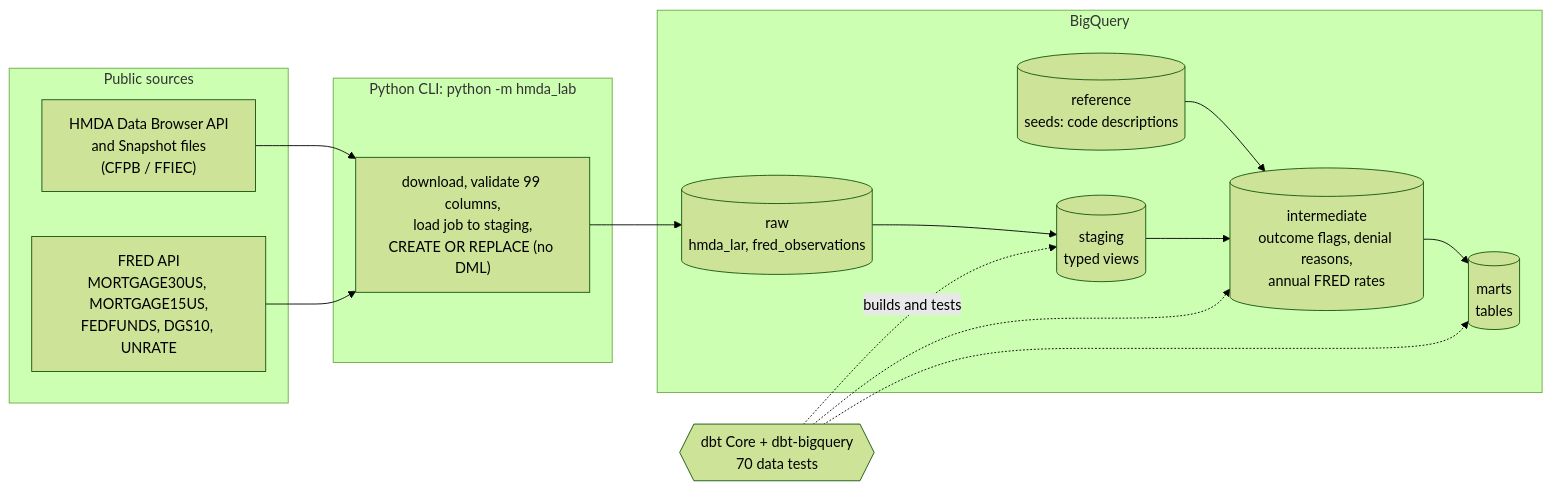
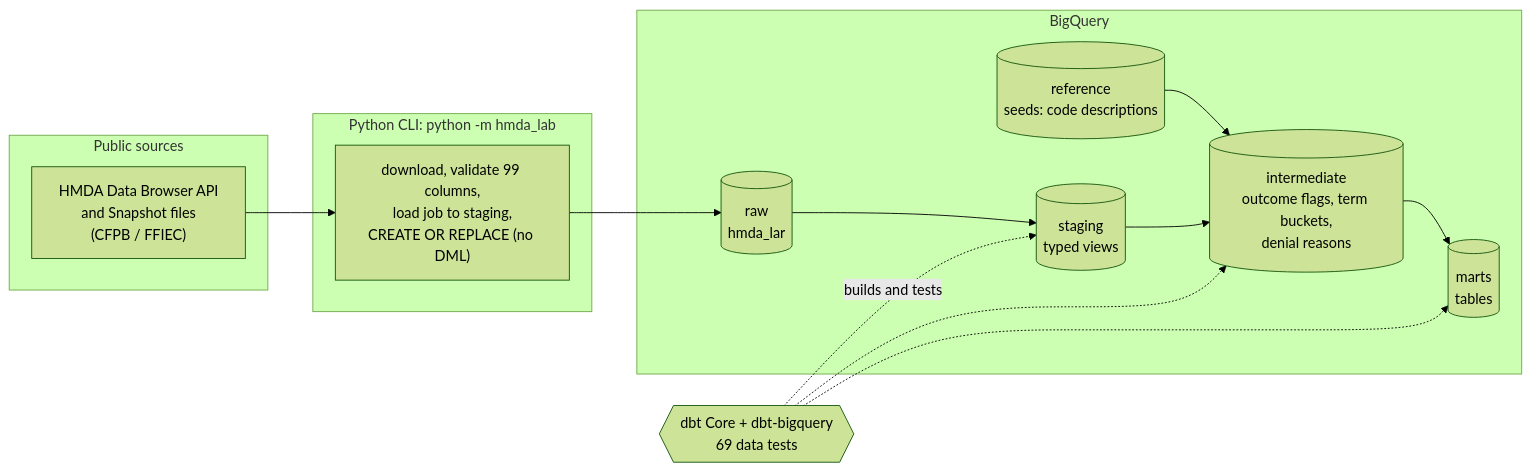
One commit to dataismyname/hmda-mortgage-ops-lab changed the diagram in README.md. Above: the diagram before and after it, drawn with Mermaid (forest theme). The commit also changed other lines of this file and 2 other files, not shown here.

Commit message:
Docs: HMDA-only README, data notes and LICENSE (no FRED)

````diff
--- a/README.md
+++ b/README.md
@@ -29,26 +30,24 @@
 ```mermaid
 flowchart LR
     subgraph Sources["Public sources"]
         H["HMDA Data Browser API<br/>and Snapshot files<br/>(CFPB / FFIEC)"]
-        F["FRED API<br/>MORTGAGE30US, MORTGAGE15US,<br/>FEDFUNDS, DGS10, UNRATE"]
     end
     subgraph Ingestion["Python CLI: python -m hmda_lab"]
         I["download, validate 99 columns,<br/>load job to staging,<br/>CREATE OR REPLACE (no DML)"]
     end
     subgraph BQ["BigQuery"]
-        R[("raw<br/>hmda_lar, fred_observations")]
+        R[("raw<br/>hmda_lar")]
         SE[("reference<br/>seeds: code descriptions")]
         S[("staging<br/>typed views")]
-        M[("intermediate<br/>outcome flags, denial reasons,<br/>annual FRED rates")]
+        M[("intermediate<br/>outcome flags, term buckets,<br/>denial reasons")]
         K[("marts<br/>tables")]
     end
     H --> I
-    F --> I
     I --> R
     R --> S
     SE --> M
     S --> M --> K
-    D{{"dbt Core + dbt-bigquery<br/>70 data tests"}} -. builds and tests .-> S
+    D{{"dbt Core + dbt-bigquery<br/>69 data tests"}} -. builds and tests .-> S
     D -.-> M
     D -.-> K
 ```
````
